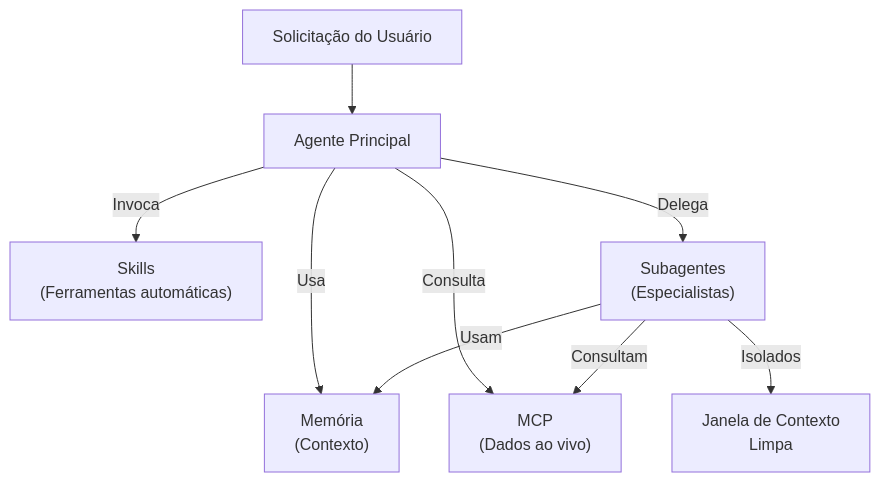
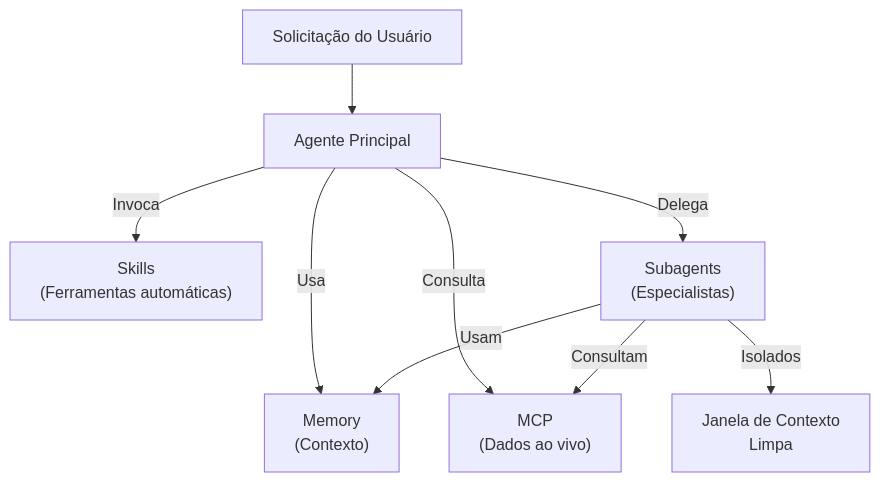
One commit to Diegobecker07/claude-howto changed the seventh of 7 diagrams in pt-BR/04-subagents/README.md. Above: the diagram before and after it, drawn with Mermaid. The commit also changed other lines of this file and 26 other files, not shown here.

First line of the commit message:
fix(pt-BR): enforce English product names (Slash Commands, Subagents, Memory)

````diff
--- a/pt-BR/04-subagents/README.md
+++ b/pt-BR/04-subagents/README.md
@@ -1120,12 +1120,12 @@
 ```mermaid
 graph TD
     User["Solicitação do Usuário"] --> Main["Agente Principal"]
-    Main -->|Usa| Memory["Memória<br/>(Contexto)"]
+    Main -->|Usa| Memory["Memory<br/>(Contexto)"]
     Main -->|Consulta| MCP["MCP<br/>(Dados ao vivo)"]
     Main -->|Invoca| Skills["Skills<br/>(Ferramentas automáticas)"]
-    Main -->|Delega| Subagents["Subagentes<br/>(Especialistas)"]
+    Main -->|Delega| Subagents["Subagents<br/>(Especialistas)"]
 
     Subagents -->|Usam| Memory
     Subagents -->|Consultam| MCP
     Subagents -->|Isolados| Context["Janela de Contexto<br/>Limpa"]
 ```
````
